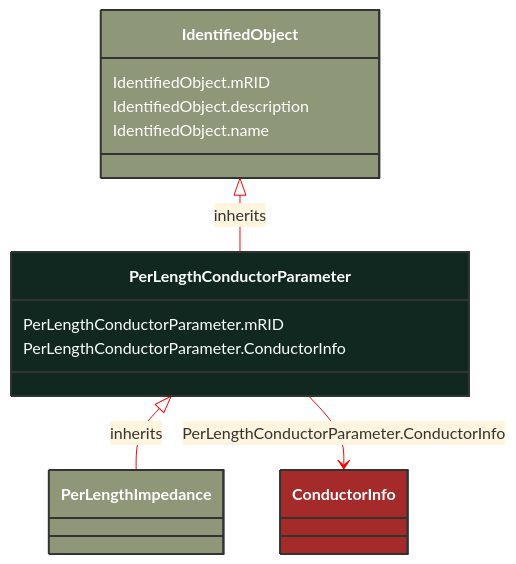
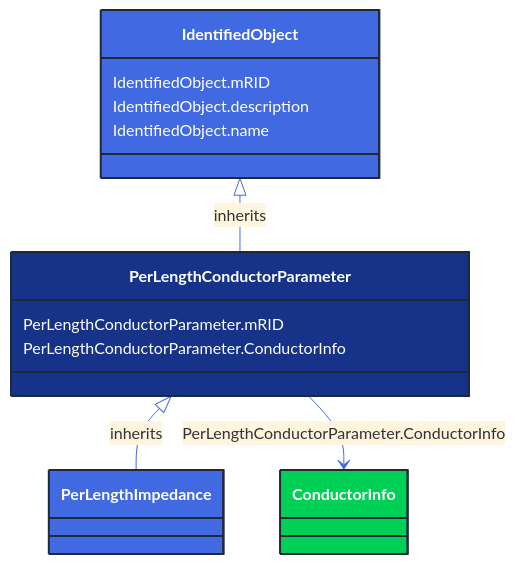
Before and after one commit to 3lbits/NoCIMExtensions: the diagram in docs/Models/Profiles/SubseaCableInfo/AbstractClasses/PerLengthConductorParameter.md, drawn with Mermaid. The commit also changed 362 other files, not shown here.

First line of the commit message:
Update diagrams and styles for improved visual consistency

````diff
--- a/docs/Models/Profiles/SubseaCableInfo/AbstractClasses/PerLengthConductorParameter.md
+++ b/docs/Models/Profiles/SubseaCableInfo/AbstractClasses/PerLengthConductorParameter.md
@@ -10,30 +10,30 @@
 ```mermaid
-%%{init: {'theme':'base','themeVariables': {'lineColor': '#FF0000'}}}%%
+%%{init: {'theme':'base','themeVariables': {'lineColor': '#4169E1'}}}%%
 classDiagram
     class PerLengthConductorParameter
     click PerLengthConductorParameter href "/Models/Profiles/SubseaCableInfo/AbstractClasses/PerLengthConductorParameter/"
-    style PerLengthConductorParameter fill:#102820,stroke:#333,stroke-width:2px,rx:10,ry:10,color:white
+    style PerLengthConductorParameter fill:#163289,stroke:#1F2A37,stroke-width:2px,rx:10,ry:10,color:white
 
         PerLengthConductorParameter <|-- PerLengthImpedance : inherits
 
         PerLengthImpedance
             click PerLengthImpedance href "/Models/Profiles/SubseaCableInfo/AbstractClasses/PerLengthImpedance/"
-            style PerLengthImpedance fill:#8F9779,stroke:#333,stroke-width:2px,rx:10,ry:10,color:white
+            style PerLengthImpedance fill:#4169E1,stroke:#1F2A37,stroke-width:2px,rx:10,ry:10,color:white
      
         IdentifiedObject <|-- PerLengthConductorParameter : inherits
             click IdentifiedObject href "/Models/Profiles/SubseaCableInfo/AbstractClasses/IdentifiedObject/"
-            style IdentifiedObject fill:#8F9779,stroke:#333,stroke-width:2px,rx:10,ry:10,color:white
+            style IdentifiedObject fill:#4169E1,stroke:#1F2A37,stroke-width:2px,rx:10,ry:10,color:white
 
         PerLengthConductorParameter --> ConductorInfo : PerLengthConductorParameter.ConductorInfo
 
         ConductorInfo
             click ConductorInfo href "/Models/Profiles/SubseaCableInfo/AbstractClasses/ConductorInfo/"
-            style ConductorInfo fill:#A52A2A,stroke:#333,stroke-width:2px,rx:10,ry:10,color:white
+            style ConductorInfo fill:#00D156,stroke:#1F2A37,stroke-width:2px,rx:10,ry:10,color:white
 
 
         PerLengthConductorParameter : PerLengthConductorParameter.mRID
         PerLengthConductorParameter : PerLengthConductorParameter.ConductorInfo
         IdentifiedObject : IdentifiedObject.mRID
         IdentifiedObject : IdentifiedObject.description
         IdentifiedObject : IdentifiedObject.name
 ```
````
